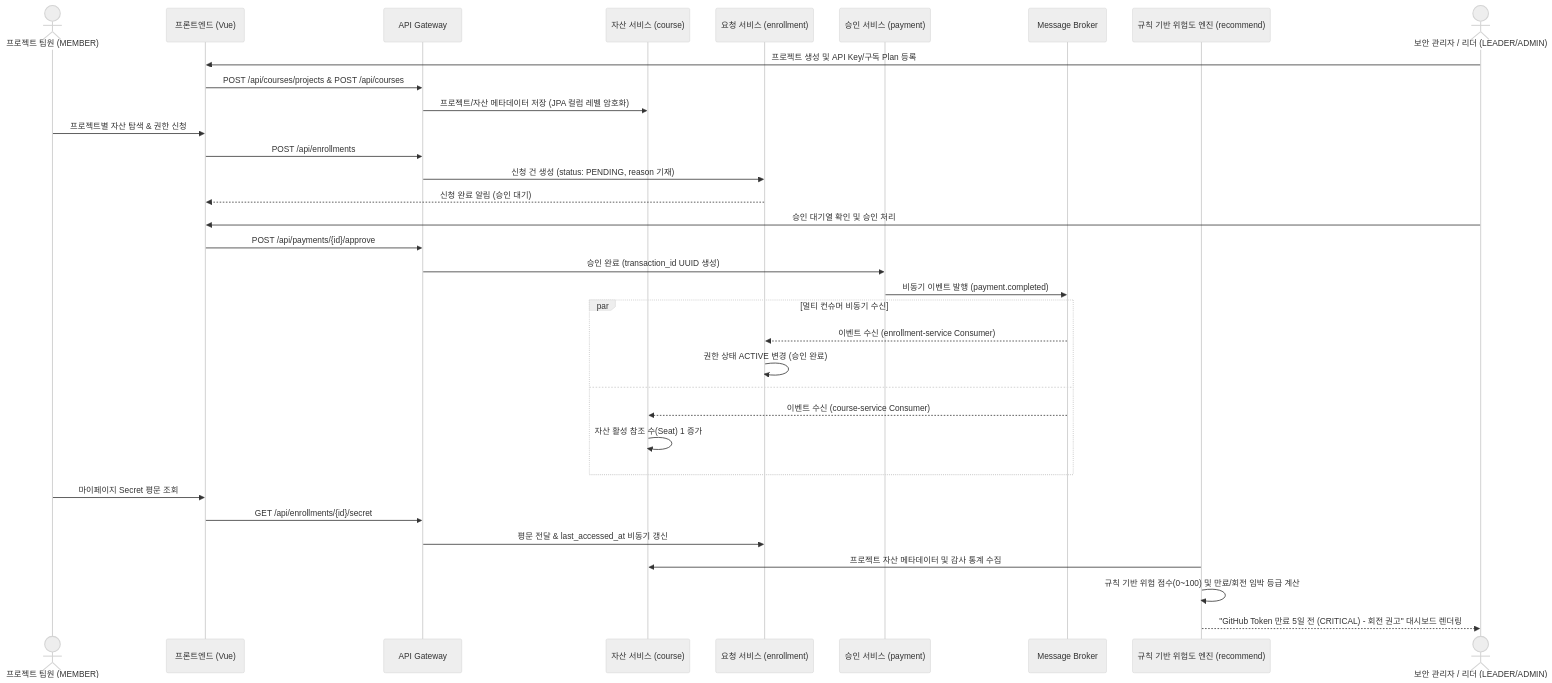
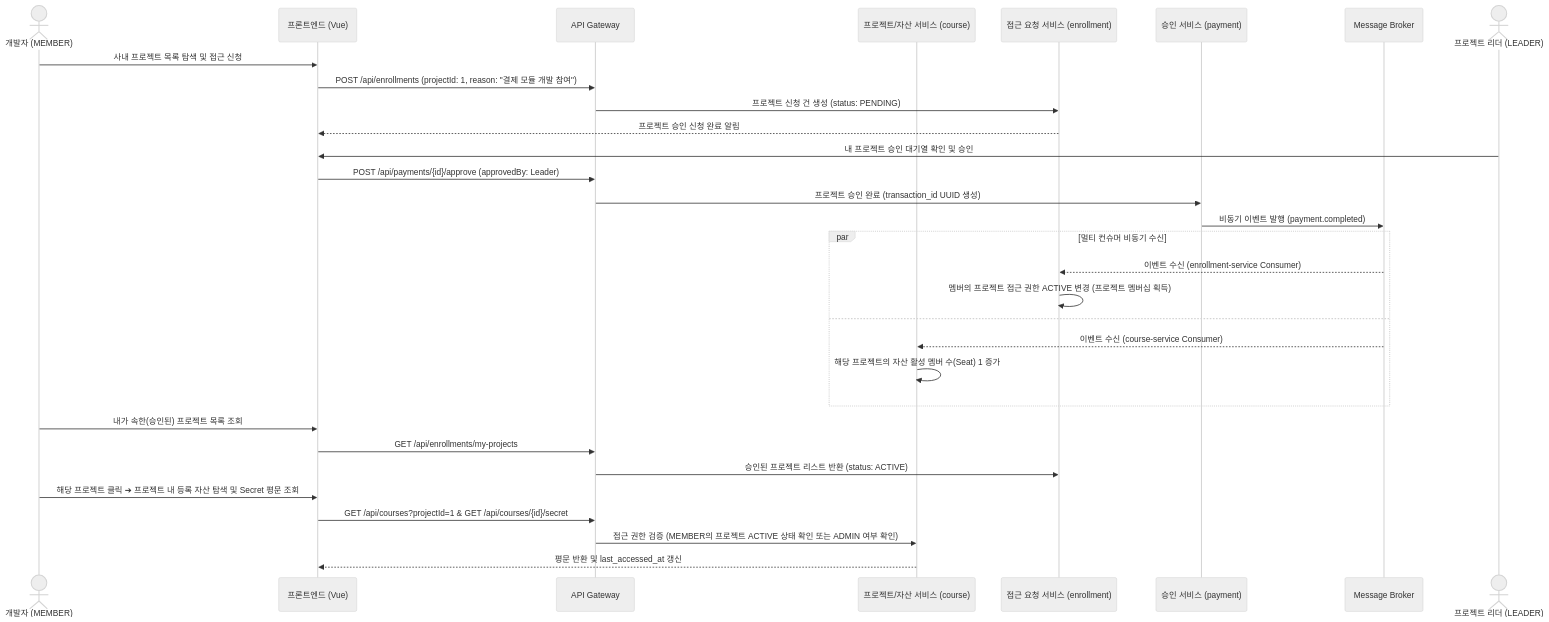
The second of 2 diagrams in docs/requirements_specification.md (yunsly/skala-msa), drawn with Mermaid (neutral theme) before and after one commit. The commit also changed other lines of this file and 2 other files, not shown here.

````diff
--- a/docs/requirements_specification.md
+++ b/docs/requirements_specification.md
@@ -171,46 +178,41 @@
 ```mermaid
 sequenceDiagram
-    actor Developer as 프로젝트 팀원 (MEMBER)
+    actor Member as 개발자 (MEMBER)
     participant FE as 프론트엔드 (Vue)
     participant GW as API Gateway
-    participant Asset as 자산 서비스 (course)
-    participant Req as 요청 서비스 (enrollment)
+    participant Asset as 프로젝트/자산 서비스 (course)
+    participant Req as 접근 요청 서비스 (enrollment)
     participant Pay as 승인 서비스 (payment)
     participant Kafka as Message Broker
-    participant Recommend as 규칙 기반 위험도 엔진 (recommend)
-    actor Leader as 보안 관리자 / 리더 (LEADER/ADMIN)
+    actor Leader as 프로젝트 리더 (LEADER)
 
-    %% 시나리오 1: 프로젝트 생성 및 자산 등록
-    Leader->>FE: 프로젝트 생성 및 API Key/구독 Plan 등록
-    FE->>GW: POST /api/courses/projects & POST /api/courses
-    GW->>Asset: 프로젝트/자산 메타데이터 저장 (JPA 컬럼 레벨 암호화)
-    
-    %% 시나리오 2: 자산 탐색 및 권한 신청
-    Developer->>FE: 프로젝트별 자산 탐색 & 권한 신청
-    FE->>GW: POST /api/enrollments
-    GW->>Req: 신청 건 생성 (status: PENDING, reason 기재)
-    Req-->>FE: 신청 완료 알림 (승인 대기)
+    %% 시나리오 1: 프로젝트 탐색 및 프로젝트 접근 신청
+    Member->>FE: 사내 프로젝트 목록 탐색 및 접근 신청
+    FE->>GW: POST /api/enrollments (projectId: 1, reason: "결제 모듈 개발 참여")
+    GW->>Req: 프로젝트 신청 건 생성 (status: PENDING)
+    Req-->>FE: 프로젝트 승인 신청 완료 알림
 
-    %% 시나리오 3: 승인 및 비동기 권한 부여
-    Leader->>FE: 승인 대기열 확인 및 승인 처리
-    FE->>GW: POST /api/payments/{id}/approve
-    GW->>Pay: 승인 완료 (transaction_id UUID 생성)
+    %% 시나리오 2: 프로젝트 리더의 승인 처리
+    Leader->>FE: 내 프로젝트 승인 대기열 확인 및 승인
+    FE->>GW: POST /api/payments/{id}/approve (approvedBy: Leader)
+    GW->>Pay: 프로젝트 승인 완료 (transaction_id UUID 생성)
     Pay->>Kafka: 비동기 이벤트 발행 (payment.completed)
 
     par 멀티 컨슈머 비동기 수신
         Kafka-->>Req: 이벤트 수신 (enrollment-service Consumer)
-        Req->>Req: 권한 상태 ACTIVE 변경 (승인 완료)
+        Req->>Req: 멤버의 프로젝트 접근 권한 ACTIVE 변경 (프로젝트 멤버십 획득)
     and
         Kafka-->>Asset: 이벤트 수신 (course-service Consumer)
-        Asset->>Asset: 자산 활성 참조 수(Seat) 1 증가
+        Asset->>Asset: 해당 프로젝트의 자산 활성 멤버 수(Seat) 1 증가
     end
 
-    %% 시나리오 4: Secret 평문 조회 및 규칙 기반 위험도 분석
-    Developer->>FE: 마이페이지 Secret 평문 조회
-    FE->>GW: GET /api/enrollments/{id}/secret
-    GW->>Req: 평문 전달 & last_accessed_at 비동기 갱신
+    %% 시나리오 3: 내가 속한 프로젝트 조회 및 프로젝트 내 자산 활용
+    Member->>FE: 내가 속한(승인된) 프로젝트 목록 조회
+    FE->>GW: GET /api/enrollments/my-projects
+    GW->>Req: 승인된 프로젝트 리스트 반환 (status: ACTIVE)
     
-    Recommend->>Asset: 프로젝트 자산 메타데이터 및 감사 통계 수집
-    Recommend->>Recommend: 규칙 기반 위험 점수(0~100) 및 만료/회전 임박 등급 계산
-    Recommend-->>Leader: "GitHub Token 만료 5일 전 (CRITICAL) - 회전 권고" 대시보드 렌더링
+    Member->>FE: 해당 프로젝트 클릭 ➔ 프로젝트 내 등록 자산 탐색 및 Secret 평문 조회
+    FE->>GW: GET /api/courses?projectId=1 & GET /api/courses/{id}/secret
+    GW->>Asset: 접근 권한 검증 (MEMBER의 프로젝트 ACTIVE 상태 확인 또는 ADMIN 여부 확인)
+    Asset-->>FE: 평문 반환 및 last_accessed_at 갱신
 ```
````
